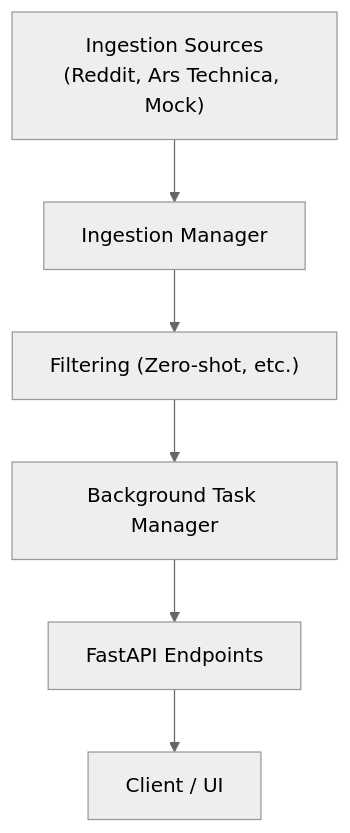
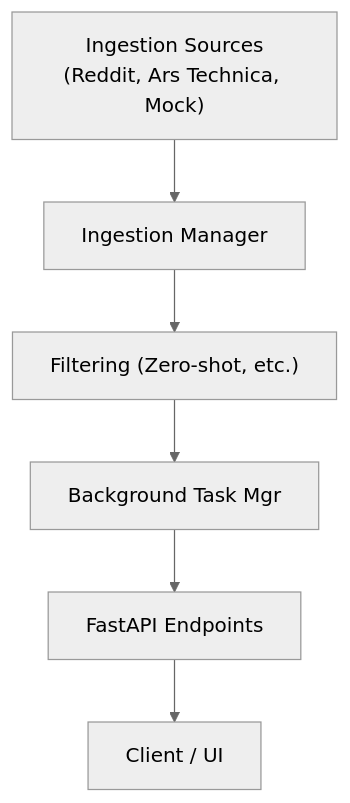
The diagram in README.md (UmbertoTomasini/newsfeed), drawn with Mermaid (neutral theme) before and after one commit. The commit also changed other lines of this file, not shown here.

````diff
--- a/README.md
+++ b/README.md
@@ -31,8 +75,8 @@
 ```mermaid
 flowchart TD
-    A["Ingestion Sources<br/>(Reddit, Ars Technica, Mock)"] --> B[Ingestion Manager]
-    B --> C["Filtering (Zero-shot, etc.)"]
-    C --> D["Background Task Manager"]
+    A["Ingestion Sources<br/>(Reddit, Ars Technica, Mock)"] --> B["Ingestion Manager"]
+    B --> C["Filtering (Zero‑shot, etc.)"]
+    C --> D["Background Task Mgr"]
     D --> E["FastAPI Endpoints"]
     E --> F["Client / UI"]
 ```
````
